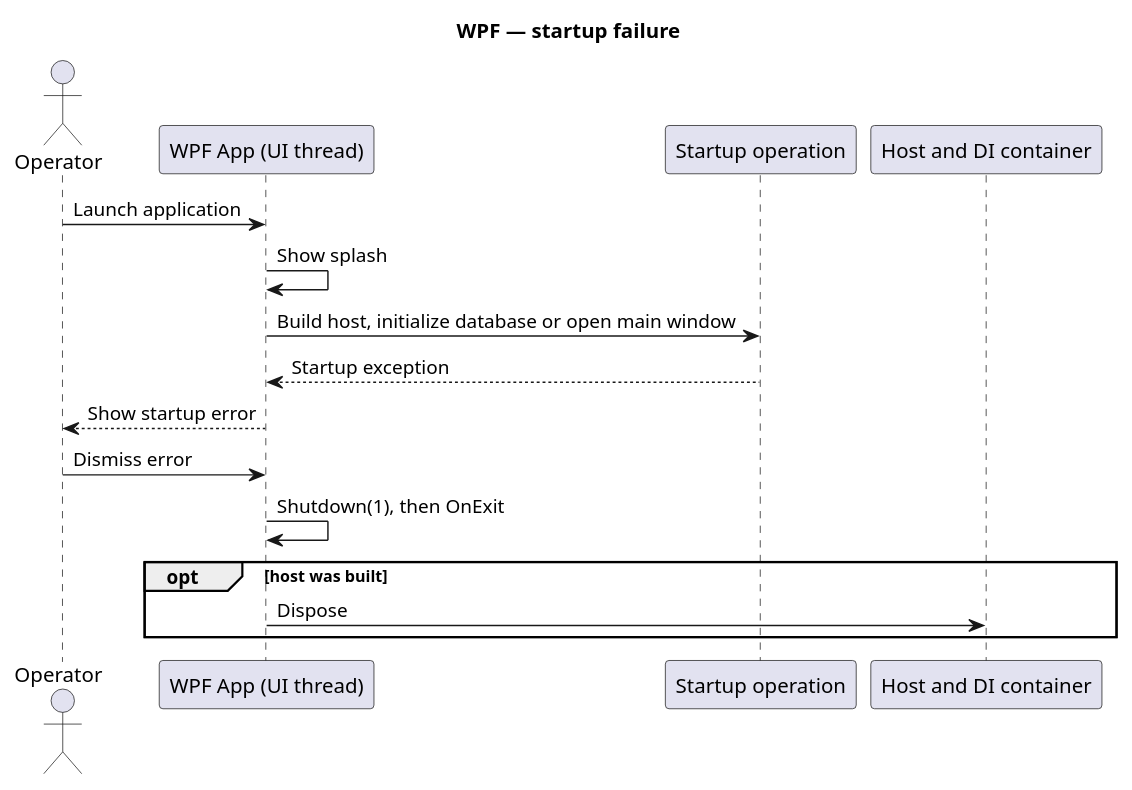
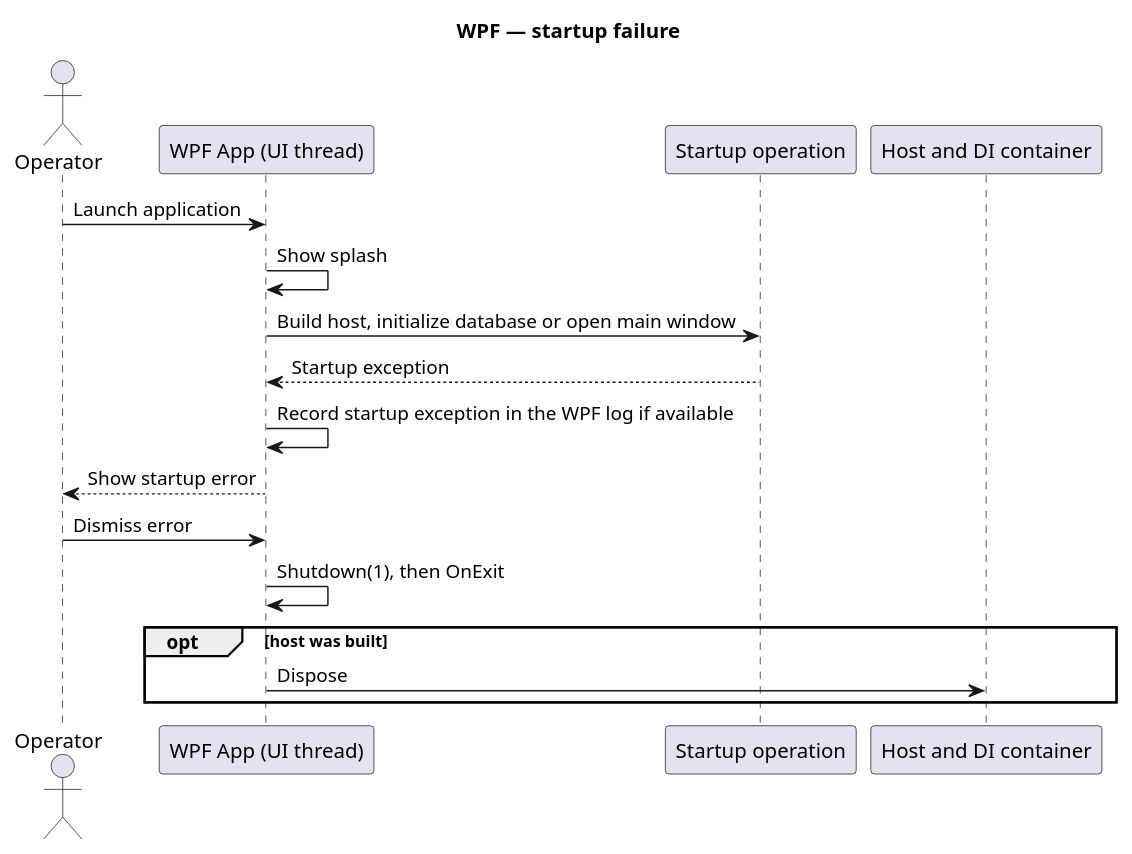
The diagram in docs/behavioral/diagrams/wpf-startup-failure.puml (EbbeMeloSorensen/Smurfs), drawn with PlantUML before and after one commit. The commit also changed 7 other files, not shown here.

```diff
--- a/docs/behavioral/diagrams/wpf-startup-failure.puml
+++ b/docs/behavioral/diagrams/wpf-startup-failure.puml
@@ -1,18 +1,19 @@
 @startuml
 title WPF — startup failure
 actor Operator
 participant "WPF App (UI thread)" as App
 participant "Startup operation" as Startup
 participant "Host and DI container" as Host
 
 Operator -> App : Launch application
 App -> App : Show splash
 App -> Startup : Build host, initialize database or open main window
 Startup --> App : Startup exception
+App -> App : Record startup exception in the WPF log if available
 App --> Operator : Show startup error
 Operator -> App : Dismiss error
 App -> App : Shutdown(1), then OnExit
 opt host was built
   App -> Host : Dispose
 end
 @enduml
```
